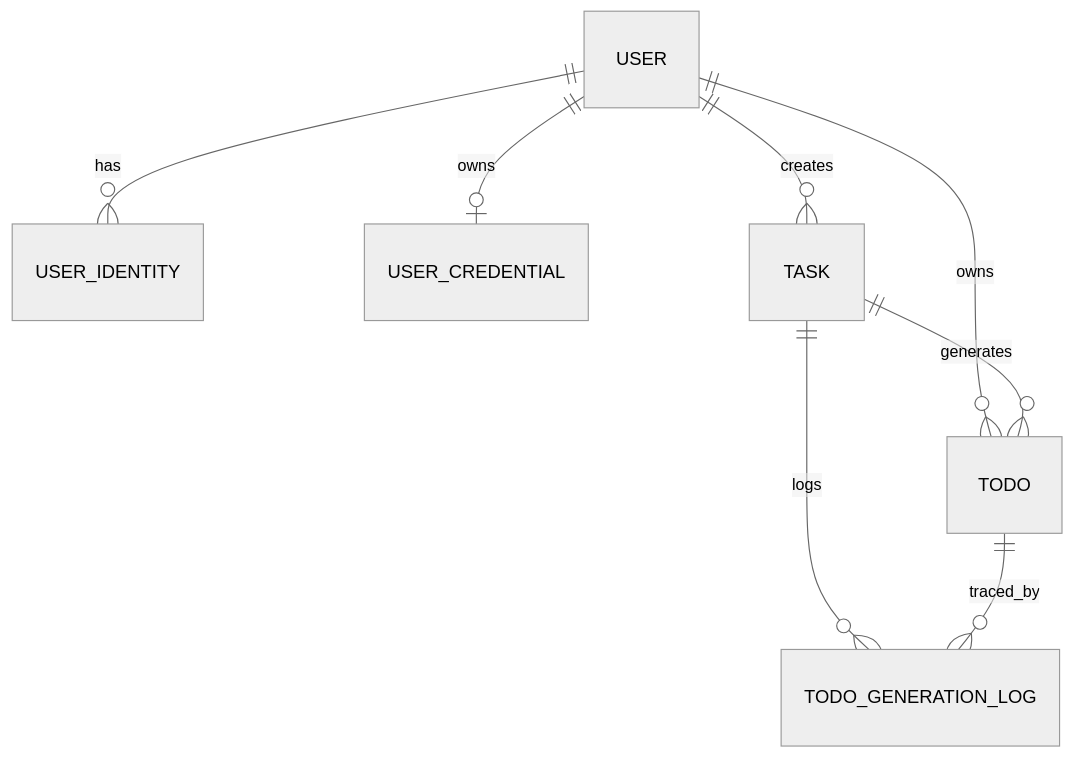
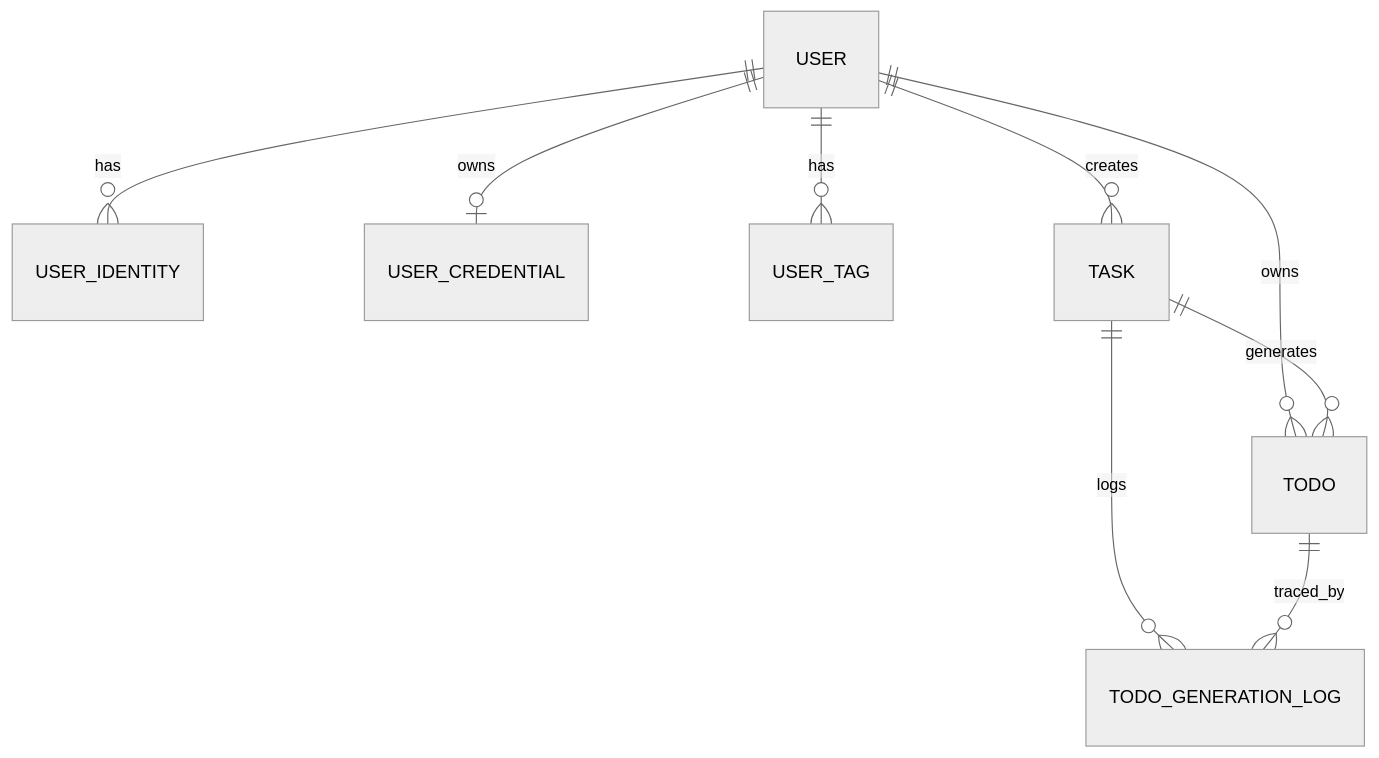
The second of 3 diagrams in .document/AI-PRD.md (xietian-hash/todofairy), drawn with Mermaid (neutral theme) before and after one commit. The commit also changed other lines of this file and 20 other files, not shown here.

````diff
--- a/.document/AI-PRD.md
+++ b/.document/AI-PRD.md
@@ -132,10 +142,11 @@
 ```mermaid
 erDiagram
   USER ||--o{ USER_IDENTITY : has
   USER ||--o| USER_CREDENTIAL : owns
+  USER ||--o{ USER_TAG : has
   USER ||--o{ TASK : creates
   USER ||--o{ TODO : owns
   TASK ||--o{ TODO : generates
   TASK ||--o{ TODO_GENERATION_LOG : logs
   TODO ||--o{ TODO_GENERATION_LOG : traced_by
 ```
````
